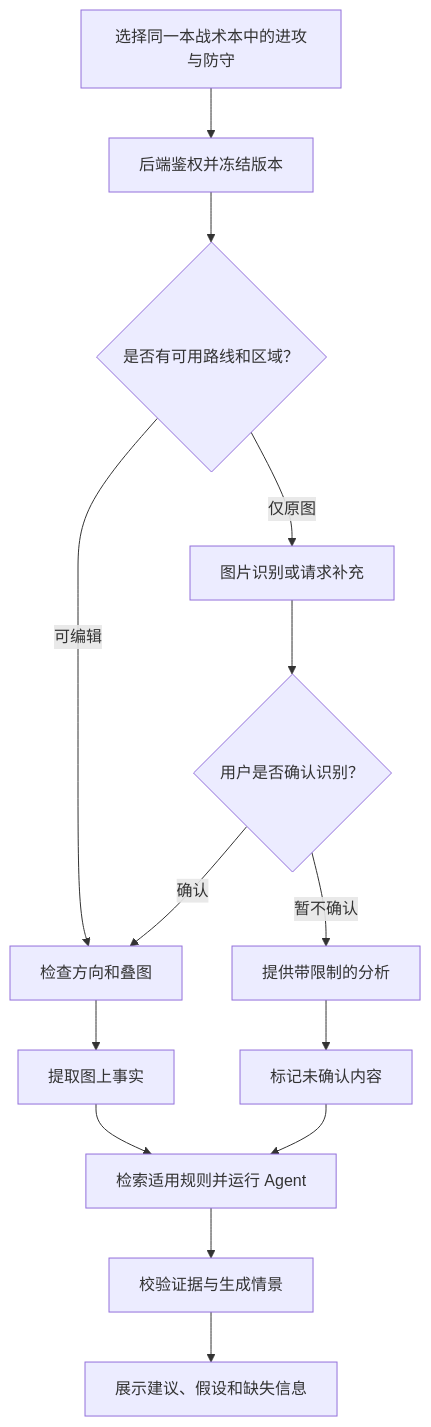
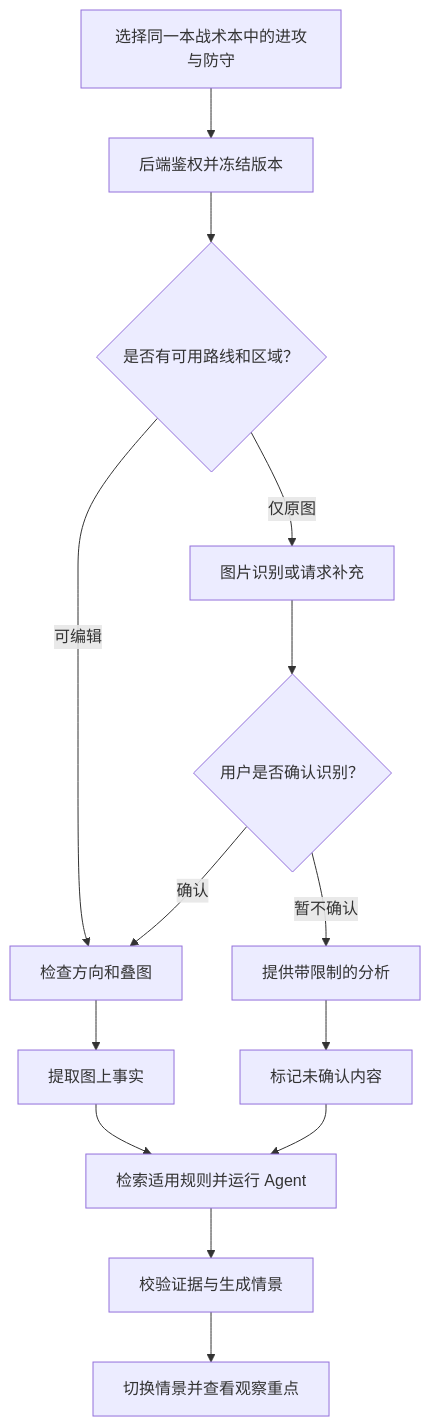
Before and after one commit to TIMPICKLE/playbook-studio-web: the second of 4 diagrams in docs/AI_MATCHUP_ANALYSIS_ROADMAP.md, drawn with Mermaid. The commit also changed other lines of this file and 2 other files, not shown here.

````diff
--- a/docs/AI_MATCHUP_ANALYSIS_ROADMAP.md
+++ b/docs/AI_MATCHUP_ANALYSIS_ROADMAP.md
@@ -81,16 +95,16 @@
 ```mermaid
 flowchart TD
     A["选择同一本战术本中的进攻与防守"] --> B["后端鉴权并冻结版本"]
     B --> C{"是否有可用路线和区域？"}
     C -- "可编辑" --> D["检查方向和叠图"]
     C -- "仅原图" --> E["图片识别或请求补充"]
     E --> F{"用户是否确认识别？"}
     F -- "确认" --> D
     F -- "暂不确认" --> G["提供带限制的分析"]
     D --> H["提取图上事实"]
     G --> I["标记未确认内容"]
     H --> J["检索适用规则并运行 Agent"]
     I --> J
     J --> K["校验证据与生成情景"]
-    K --> L["展示建议、假设和缺失信息"]
+    K --> L["切换情景并查看观察重点"]
 ```
````
